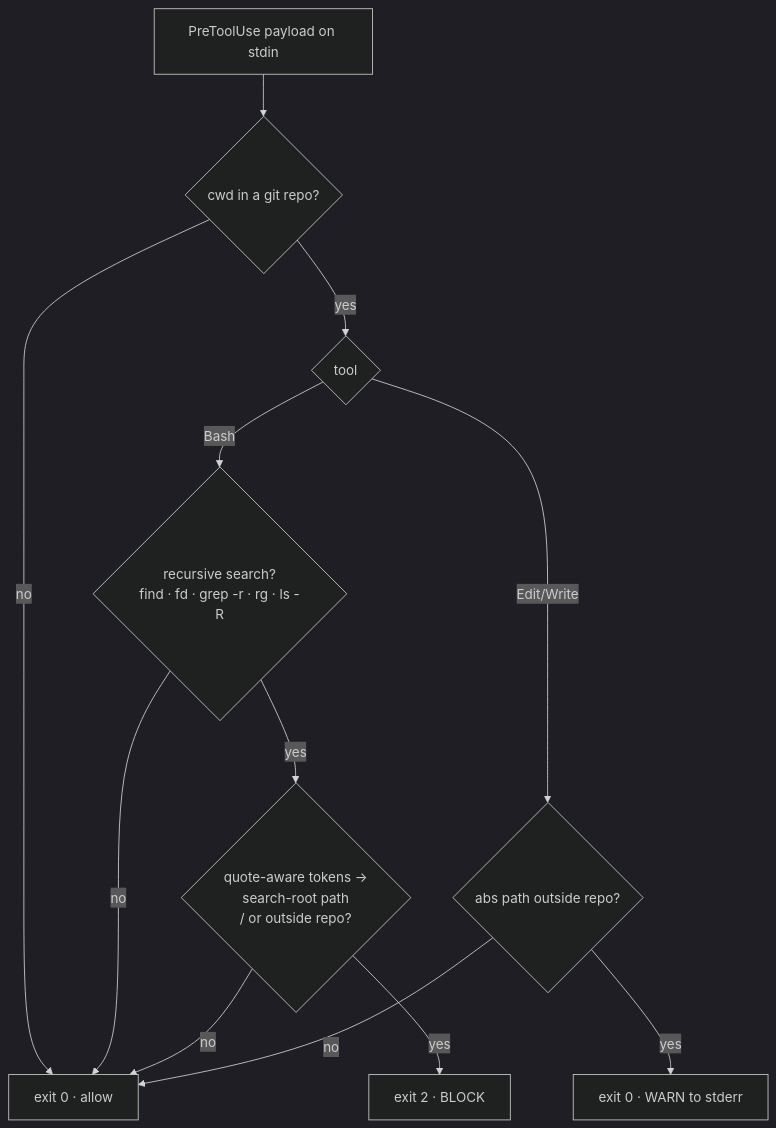
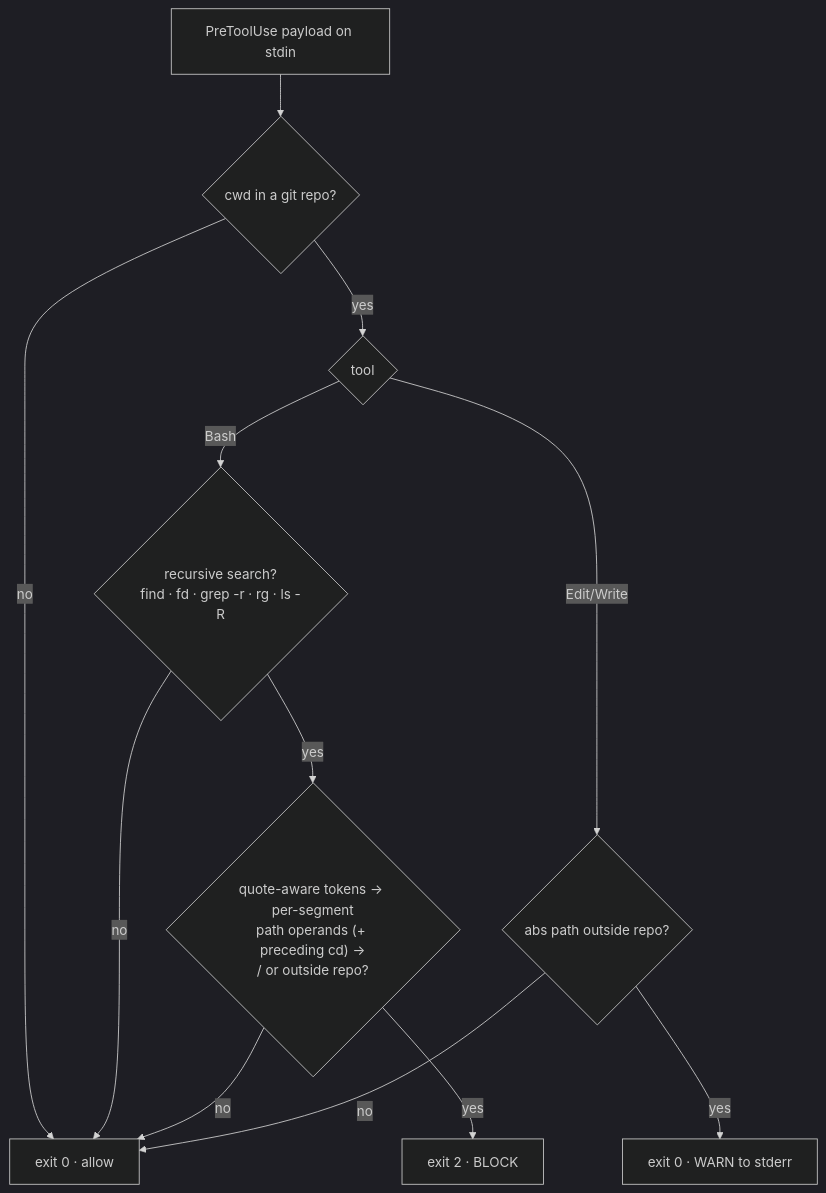
Before and after one commit to whizzzkid/skills: the diagram in skills/scope-guard/README.md, drawn with Mermaid (dark theme). The commit also changed other lines of this file and 17 other files, not shown here.

````diff
--- a/skills/scope-guard/README.md
+++ b/skills/scope-guard/README.md
@@ -24,14 +24,14 @@
 ```mermaid
 flowchart TD
     A[PreToolUse payload on stdin] --> B{cwd in a git repo?}
     B -- no --> Z[exit 0 · allow]
     B -- yes --> C{tool}
     C -- Bash --> D{recursive search?<br/>find · fd · grep -r · rg · ls -R}
     D -- no --> Z
-    D -- yes --> E{"quote-aware tokens →<br/>search-root path<br/>/ or outside repo?"}
+    D -- yes --> E{"quote-aware tokens → per-segment<br/>path operands (+ preceding cd) →<br/>/ or outside repo?"}
     E -- yes --> F[exit 2 · BLOCK]
     E -- no --> Z
     C -- Edit/Write --> G{abs path outside repo?}
     G -- yes --> H[exit 0 · WARN to stderr]
     G -- no --> Z
 ```
````
